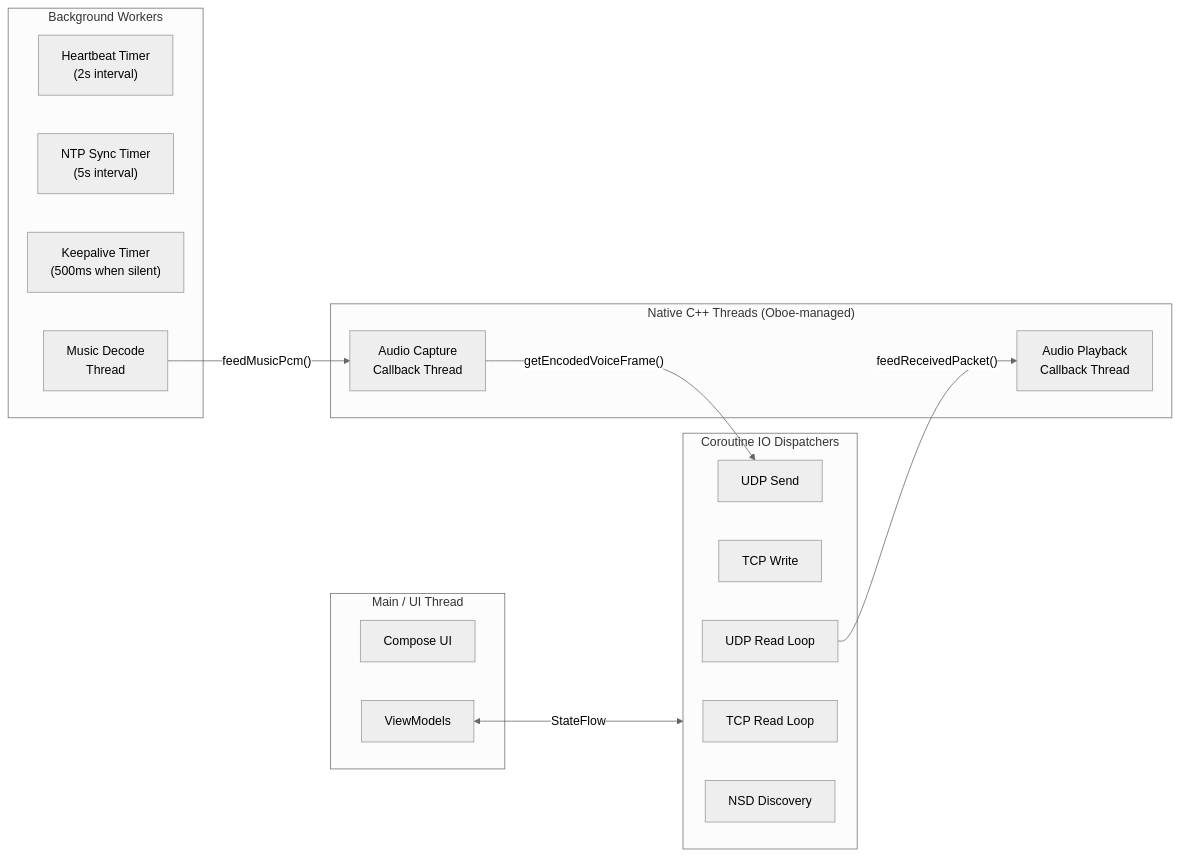
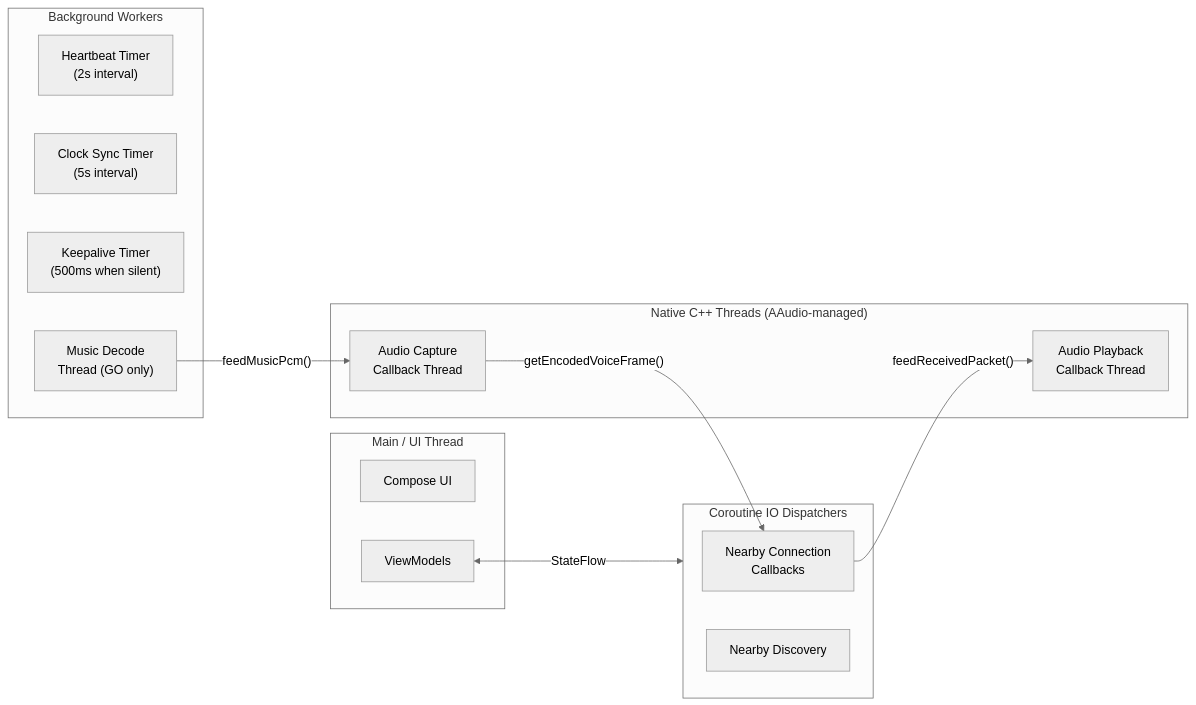
Diagram 16 of 16 in docs/ImplementationGuidelines.md (WINDY-WINDWARD/PeerSync), drawn with Mermaid (neutral theme) before and after one commit. The commit also changed other lines of this file and 19 other files, not shown here.

Commit message:
feat: implement pure Wi-Fi Direct socket architecture, auto-discovery, and QR code fast-join

````diff
--- a/docs/ImplementationGuidelines.md
+++ b/docs/ImplementationGuidelines.md
@@ -861,32 +841,29 @@
 ```mermaid
 flowchart LR
     subgraph MainThread ["Main / UI Thread"]
         Compose["Compose UI"]
         ViewModel["ViewModels"]
     end
 
     subgraph IOPool ["Coroutine IO Dispatchers"]
-        TCP_R["TCP Read Loop"]
-        TCP_W["TCP Write"]
-        UDP_R["UDP Read Loop"]
-        UDP_W["UDP Send"]
-        NSD_D["NSD Discovery"]
+        Nearby_IO["Nearby Connection\nCallbacks"]
+        Nearby_D["Nearby Discovery"]
     end
 
-    subgraph NativeThreads ["Native C++ Threads (Oboe-managed)"]
+    subgraph NativeThreads ["Native C++ Threads (AAudio-managed)"]
         CaptureThread["Audio Capture\nCallback Thread"]
         PlaybackThread["Audio Playback\nCallback Thread"]
     end
 
     subgraph Worker ["Background Workers"]
         HeartbeatLoop["Heartbeat Timer\n(2s interval)"]
-        NtpLoop["NTP Sync Timer\n(5s interval)"]
+        ClockSync["Clock Sync Timer\n(5s interval)"]
         KeepaliveLoop["Keepalive Timer\n(500ms when silent)"]
-        MusicDecode["Music Decode\nThread"]
+        MusicDecode["Music Decode\nThread (GO only)"]
     end
 
     ViewModel <-->|"StateFlow"| IOPool
-    UDP_R -->|"feedReceivedPacket()"| PlaybackThread
-    CaptureThread -->|"getEncodedVoiceFrame()"| UDP_W
+    Nearby_IO -->|"feedReceivedPacket()"| PlaybackThread
+    CaptureThread -->|"getEncodedVoiceFrame()"| Nearby_IO
     MusicDecode -->|"feedMusicPcm()"| CaptureThread
 ```
````
